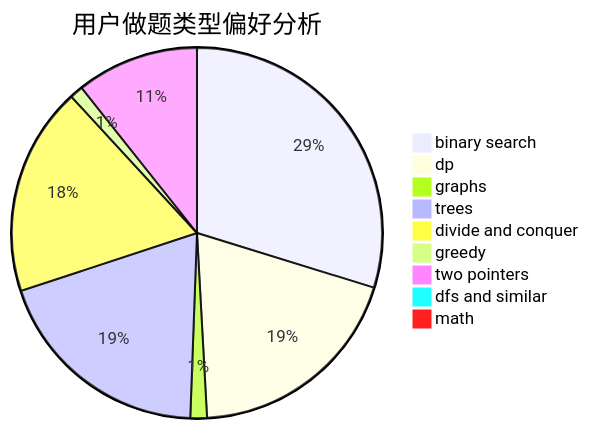
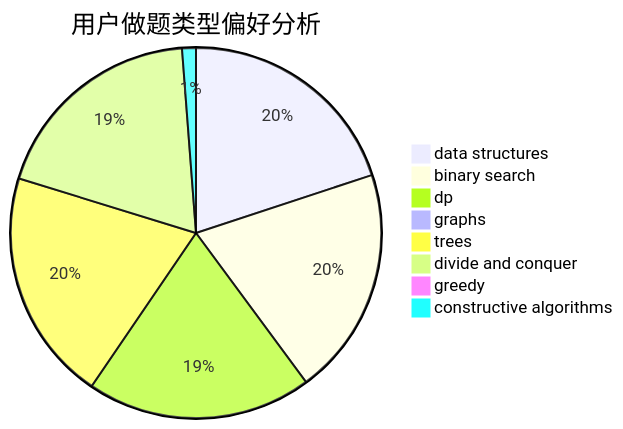
The second of 3 diagrams in docs/user/u793.md (sherpahu/cfrs.github.io), drawn with Mermaid before and after one commit. The commit also changed other lines of this file and 2775 other files, not shown here.

````diff
--- a/docs/user/u793.md
+++ b/docs/user/u793.md
@@ -23,12 +23,11 @@
 ```mermaid
 pie title 用户做题类型偏好分析
-    "binary search" :  103
-    "dp" :  67
-    "graphs" :  5
+    "data structures" :  66
+    "binary search" :  66
+    "dp" :  65
+    "graphs" :  3
     "trees" :  67
     "divide and conquer" :  63
-    "greedy" :  4
-    "two pointers" :  37
-    "dfs and similar" :  2
-    "math" :  2
+    "greedy" :  1
+    "constructive algorithms" :  4
 ```
````
